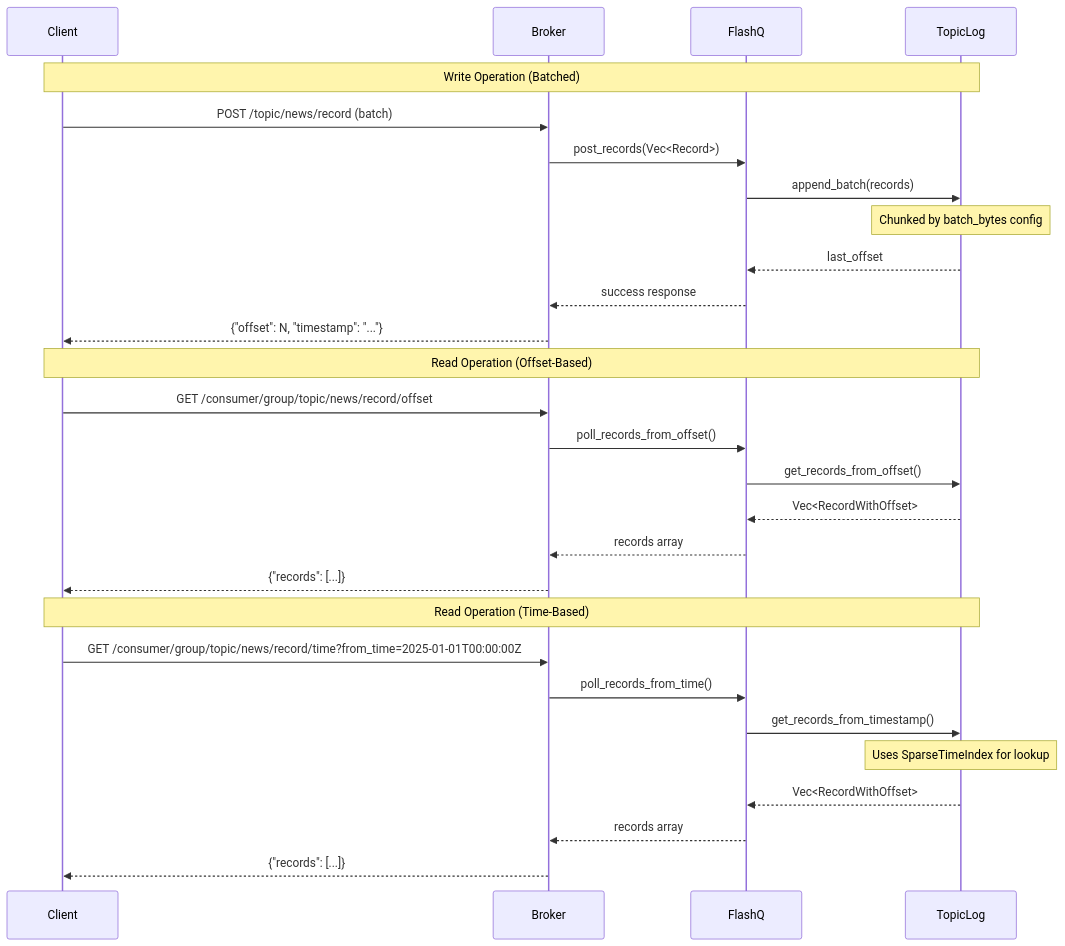
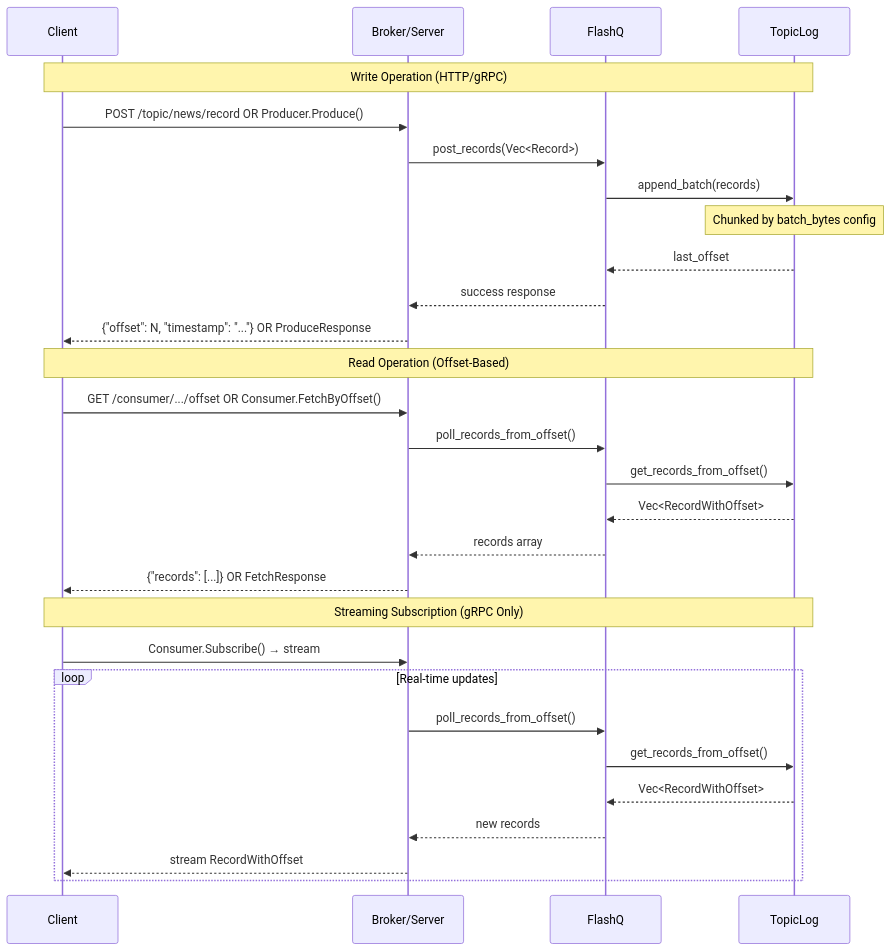
Before and after one commit to harshitmahapatra/flashq: the second of 2 diagrams in docs/architecture.md, drawn with Mermaid. The commit also changed other lines of this file and 22 other files, not shown here.

````diff
--- a/docs/architecture.md
+++ b/docs/architecture.md
@@ -74,33 +81,34 @@
 ```mermaid
 sequenceDiagram
     participant C as Client
-    participant B as Broker  
+    participant B as Broker/Server
     participant Q as FlashQ
     participant T as TopicLog
-    
-    Note over C,T: Write Operation (Batched)
-    C->>B: POST /topic/news/record (batch)
+
+    Note over C,T: Write Operation (HTTP/gRPC)
+    C->>B: POST /topic/news/record OR Producer.Produce()
     B->>Q: post_records(Vec<Record>)
     Q->>T: append_batch(records)
     Note over T: Chunked by batch_bytes config
     T-->>Q: last_offset
     Q-->>B: success response
-    B-->>C: {"offset": N, "timestamp": "..."}
-    
+    B-->>C: {"offset": N, "timestamp": "..."} OR ProduceResponse
+
     Note over C,T: Read Operation (Offset-Based)
-    C->>B: GET /consumer/group/topic/news/record/offset
-    B->>Q: poll_records_from_offset()  
+    C->>B: GET /consumer/.../offset OR Consumer.FetchByOffset()
+    B->>Q: poll_records_from_offset()
     Q->>T: get_records_from_offset()
     T-->>Q: Vec<RecordWithOffset>
     Q-->>B: records array
-    B-->>C: {"records": [...]}
-    
-    Note over C,T: Read Operation (Time-Based)
-    C->>B: GET /consumer/group/topic/news/record/time?from_time=2025-01-01T00:00:00Z
-    B->>Q: poll_records_from_time()
-    Q->>T: get_records_from_timestamp()
-    Note over T: Uses SparseTimeIndex for lookup
-    T-->>Q: Vec<RecordWithOffset>
-    Q-->>B: records array
-    B-->>C: {"records": [...]}
+    B-->>C: {"records": [...]} OR FetchResponse
+
+    Note over C,T: Streaming Subscription (gRPC Only)
+    C->>B: Consumer.Subscribe() → stream
+    loop Real-time updates
+        B->>Q: poll_records_from_offset()
+        Q->>T: get_records_from_offset()
+        T-->>Q: Vec<RecordWithOffset>
+        Q-->>B: new records
+        B-->>C: stream RecordWithOffset
+    end
 ```
````
